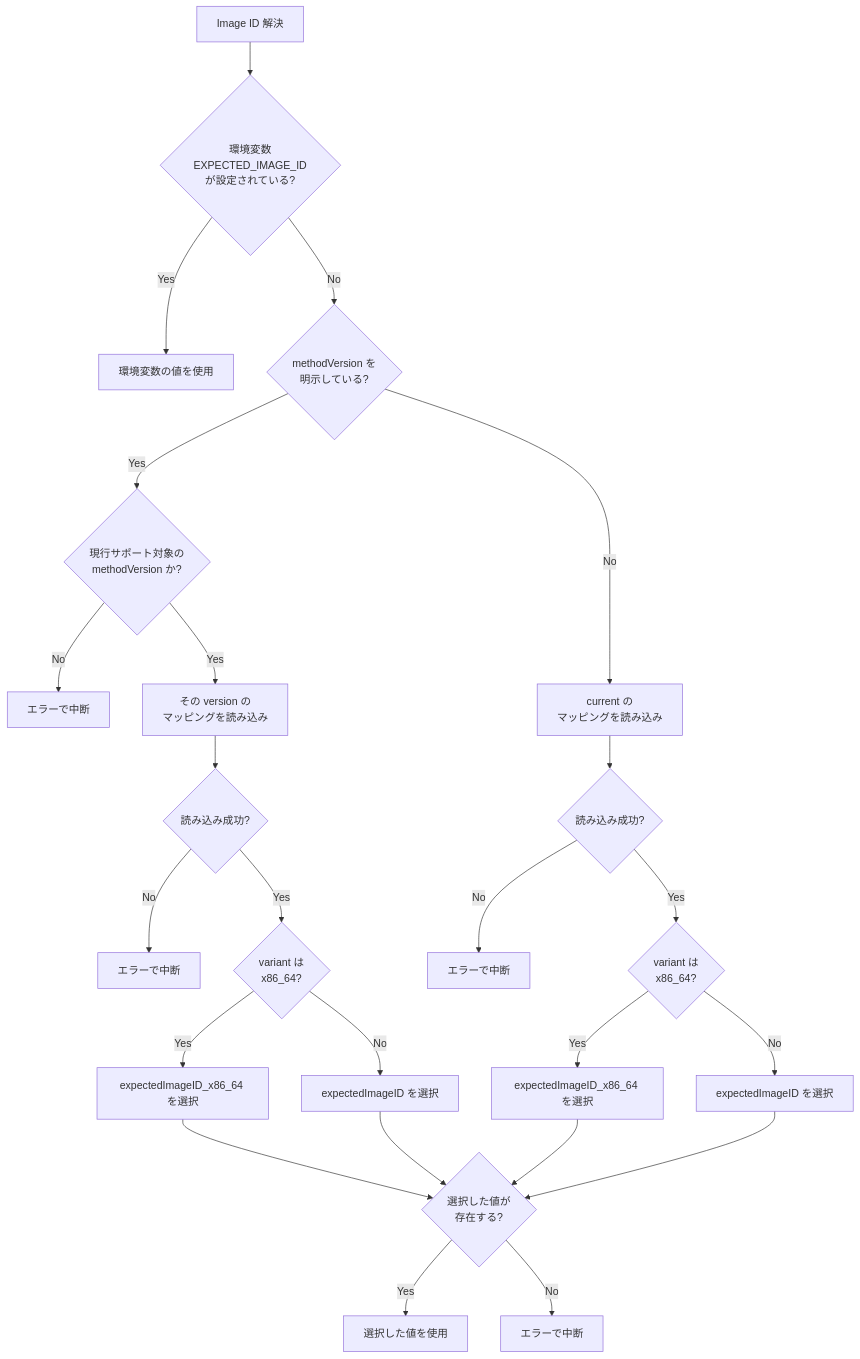
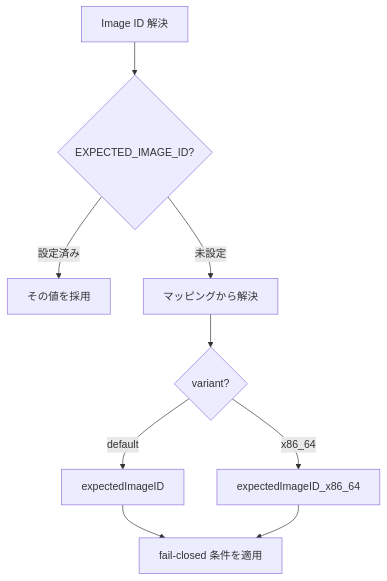
One commit to hwatanabe-jp/stark-ballot-simulator-public changed the third of 3 diagrams in public-book/src/zkvm/image-id.md. Above: the diagram before and after it, drawn with Mermaid. The commit also changed other lines of this file and 200 other files, not shown here.

````diff
--- a/public-book/src/zkvm/image-id.md
+++ b/public-book/src/zkvm/image-id.md
@@ -96,26 +89,11 @@
 ```mermaid
 flowchart TD
-  START[Image ID 解決] --> P1{環境変数<br/>EXPECTED_IMAGE_ID<br/>が設定されている?}
-  P1 -->|Yes| USE1[環境変数の値を使用]
-  P1 -->|No| P2{methodVersion を<br/>明示している?}
-  P2 -->|Yes| P3{現行サポート対象の<br/>methodVersion か?}
-  P3 -->|No| ERR1[エラーで中断]
-  P3 -->|Yes| LOAD1[その version の<br/>マッピングを読み込み]
-  LOAD1 --> P4{読み込み成功?}
-  P4 -->|No| ERR2[エラーで中断]
-  P4 -->|Yes| V1{variant は<br/>x86_64?}
-  V1 -->|Yes| F1[expectedImageID_x86_64 を選択]
-  V1 -->|No| F2[expectedImageID を選択]
-  P2 -->|No| LOAD2[current の<br/>マッピングを読み込み]
-  LOAD2 --> P6{読み込み成功?}
-  P6 -->|No| ERR3[エラーで中断]
-  P6 -->|Yes| V2{variant は<br/>x86_64?}
-  V2 -->|Yes| F3[expectedImageID_x86_64 を選択]
-  V2 -->|No| F4[expectedImageID を選択]
-  F1 --> P8{選択した値が<br/>存在する?}
-  F2 --> P8
-  F3 --> P8
-  F4 --> P8
-  P8 -->|Yes| USE2[選択した値を使用]
-  P8 -->|No| ERR4[エラーで中断]
+  START[Image ID 解決] --> P1{EXPECTED_IMAGE_ID?}
+  P1 -->|設定済み| USE1[その値を採用]
+  P1 -->|未設定| P2[マッピングから解決]
+  P2 --> P3{variant?}
+  P3 -->|default| F1[expectedImageID]
+  P3 -->|x86_64| F2[expectedImageID_x86_64]
+  F1 --> CHK[fail-closed 条件を適用]
+  F2 --> CHK
 ```
````
